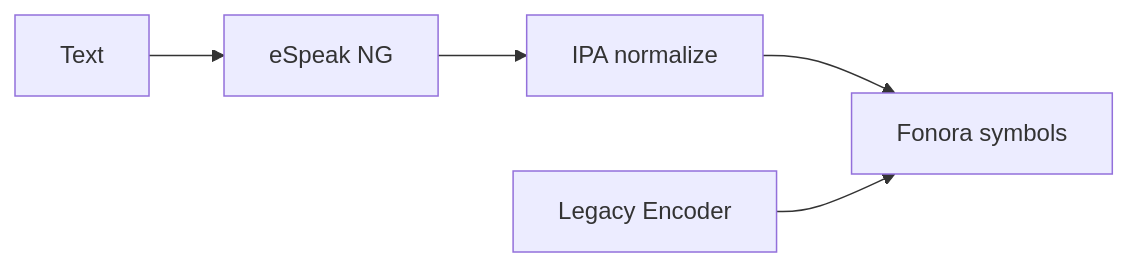
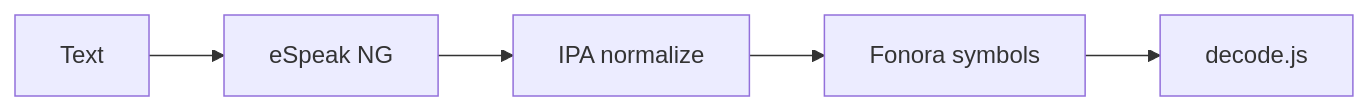
Before and after one commit to jamesc137/fonora: the diagram in README.md, drawn with Mermaid. The commit also changed other lines of this file and 15 other files, not shown here.

First line of the commit message:
Remove legacy encoder and expand IPA normalization coverage.

````diff
--- a/README.md
+++ b/README.md
@@ -21,7 +13,7 @@
 ```mermaid
 flowchart LR
   Text --> ES[eSpeak NG]
   ES --> IPA[IPA normalize]
   IPA --> Fonora[Fonora symbols]
-  Legacy[Legacy Encoder] --> Fonora
+  Fonora --> Decode[decode.js]
 ```
````
